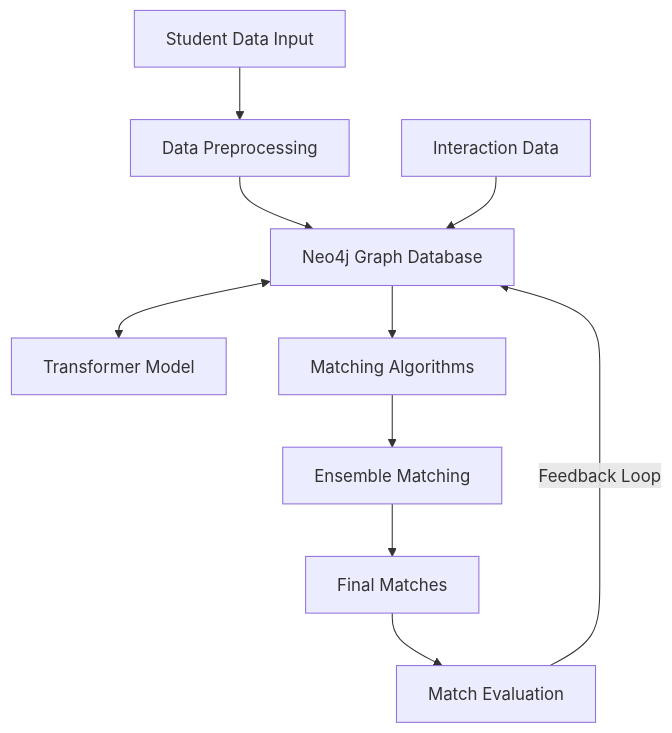
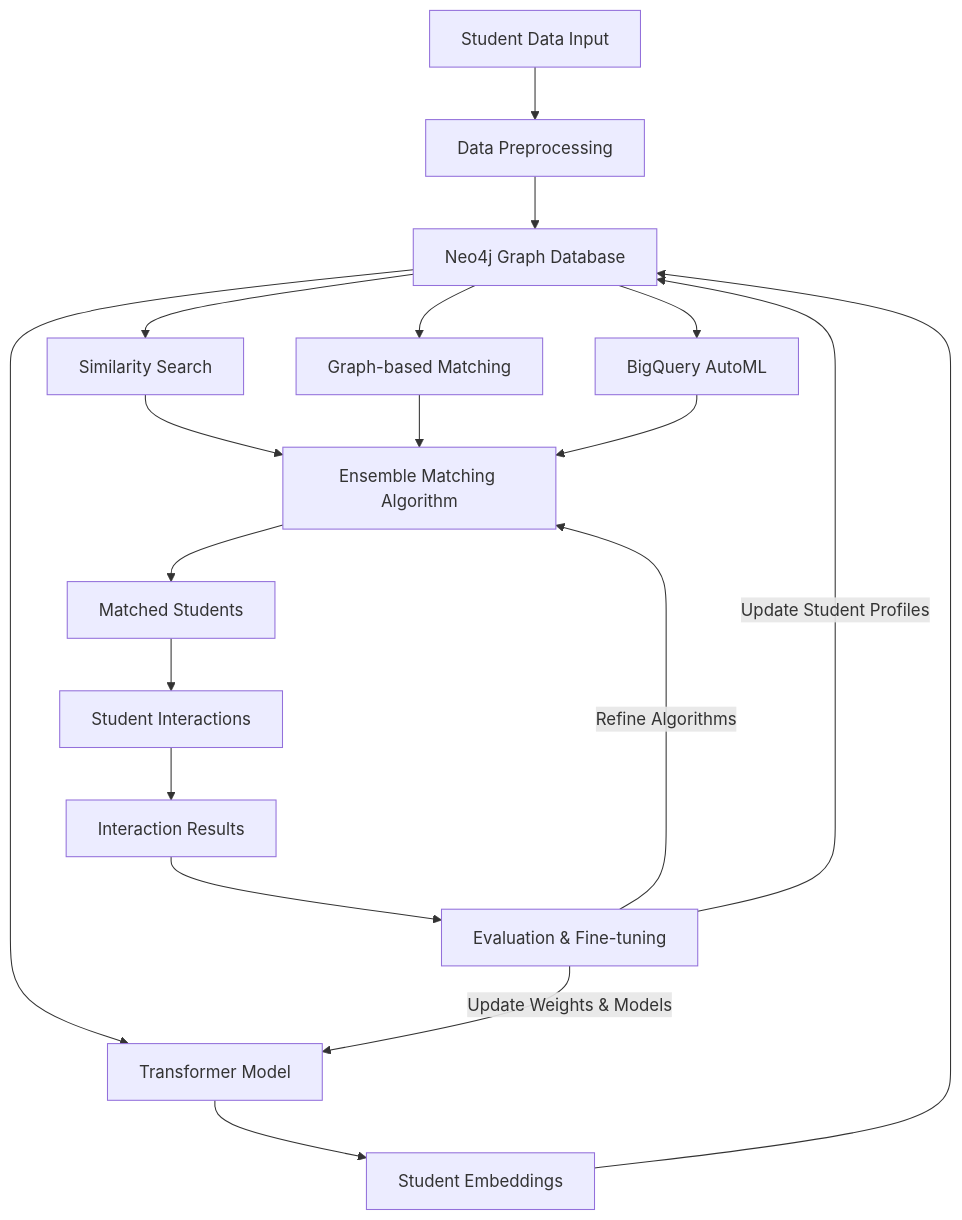
The diagram in README.md (piotrostr/pathfinder), drawn with Mermaid before and after one commit.

Commit message:
final revision of the graph

````diff
--- a/README.md
+++ b/README.md
@@ -78,12 +78,19 @@
 ```mermaid
 graph TD
     A[Student Data Input] --> B[Data Preprocessing]
     B --> C[Neo4j Graph Database]
-    C <--> D[Transformer Model]
-    C --> E[Matching Algorithms]
-    E --> F[Ensemble Matching]
-    F --> G[Final Matches]
-    G --> H[Match Evaluation]
-    H --> |Feedback Loop| C
-    I[Interaction Data] --> C
+    C --> D[Transformer Model]
+    D --> E[Student Embeddings]
+    E --> C
+    C --> F[Similarity Search]
+    C --> G[Graph-based Matching]
+    C --> H[BigQuery AutoML]
+    F & G & H --> I[Ensemble Matching Algorithm]
+    I --> J[Matched Students]
+    J --> K[Student Interactions]
+    K --> L[Interaction Results]
+    L --> M[Evaluation & Fine-tuning]
+    M --> |Update Weights & Models| D
+    M --> |Refine Algorithms| I
+    M --> |Update Student Profiles| C
 ```
````
